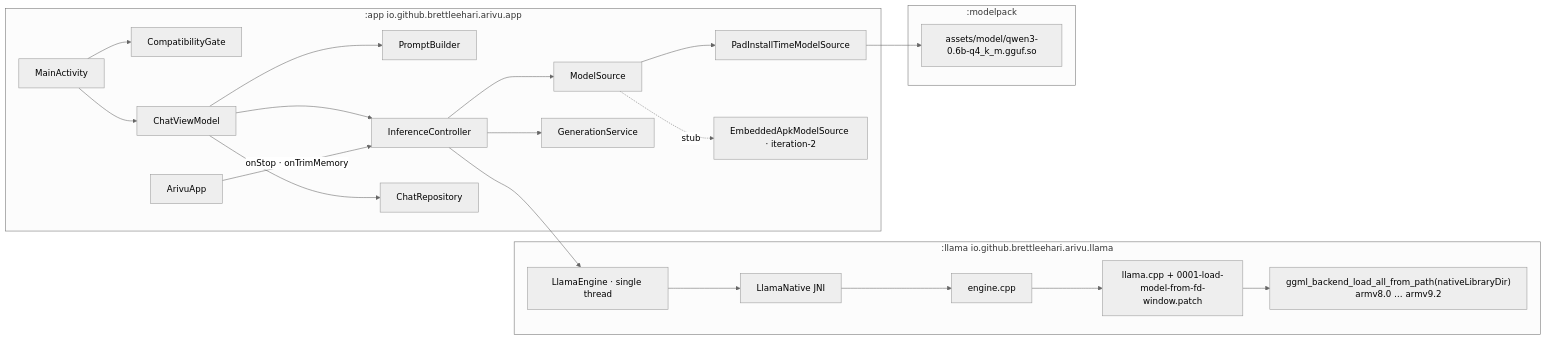
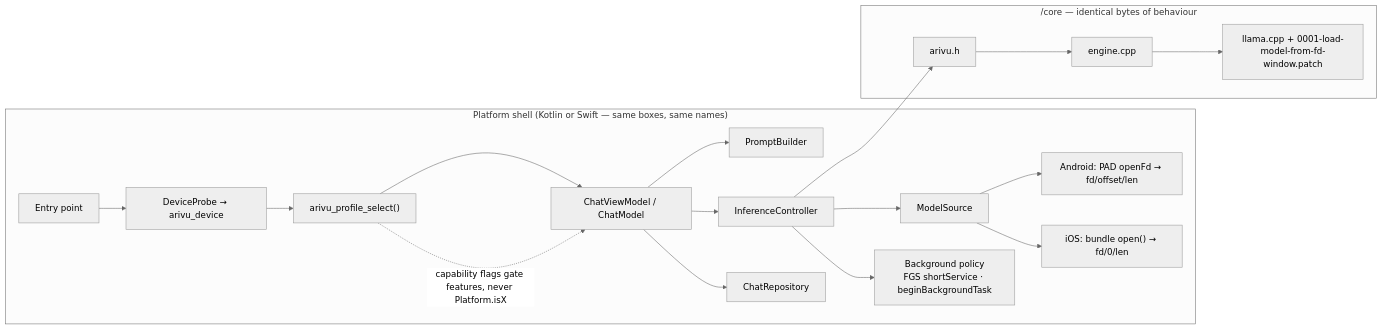
One commit to brettleehari/arivu changed the fourth of 6 diagrams in leaves/architecture.md. Above: the diagram before and after it, drawn with Mermaid (neutral theme). The commit also changed other lines of this file and 19 other files, not shown here.

````diff
--- a/leaves/architecture.md
+++ b/leaves/architecture.md
@@ -67,26 +265,21 @@
 ```mermaid
 flowchart LR
-  subgraph app[":app  io.github.brettleehari.arivu.app"]
-    MA[MainActivity] --> CG[CompatibilityGate]
-    MA --> VM[ChatViewModel]
+  subgraph shell["Platform shell (Kotlin or Swift — same boxes, same names)"]
+    MA[Entry point] --> PR[DeviceProbe → arivu_device]
+    PR --> PS["arivu_profile_select()"]
+    PS --> VM[ChatViewModel / ChatModel]
     VM --> PB[PromptBuilder]
     VM --> IC[InferenceController]
     VM --> CR[ChatRepository]
     IC --> MS[ModelSource]
-    MS --> PAD[PadInstallTimeModelSource]
-    MS -.stub.-> EMB[EmbeddedApkModelSource · iteration-2]
-    IC --> GS[GenerationService]
-    APP[ArivuApp] -- "onStop · onTrimMemory" --> IC
+    IC --> BGX[Background policy<br/>FGS shortService · beginBackgroundTask]
+    MS --> AND["Android: PAD openFd → fd/offset/len"]
+    MS --> IOSS["iOS: bundle open() → fd/0/len"]
   end
-  subgraph llama[":llama  io.github.brettleehari.arivu.llama"]
-    LE[LlamaEngine · single thread] --> LN[LlamaNative JNI]
-    LN --> EN[engine.cpp]
+  subgraph core["/core — identical bytes of behaviour"]
+    CAPI[arivu.h] --> EN[engine.cpp]
     EN --> LC["llama.cpp + 0001-load-model-from-fd-window.patch"]
-    LC --> VAR["ggml_backend_load_all_from_path(nativeLibraryDir)<br/>armv8.0 … armv9.2"]
   end
-  subgraph pack[":modelpack"]
-    GGUF["assets/model/qwen3-0.6b-q4_k_m.gguf.so"]
-  end
-  IC --> LE
-  PAD --> GGUF
+  IC --> CAPI
+  PS -. "capability flags gate features, never Platform.isX" .-> VM
 ```
````
